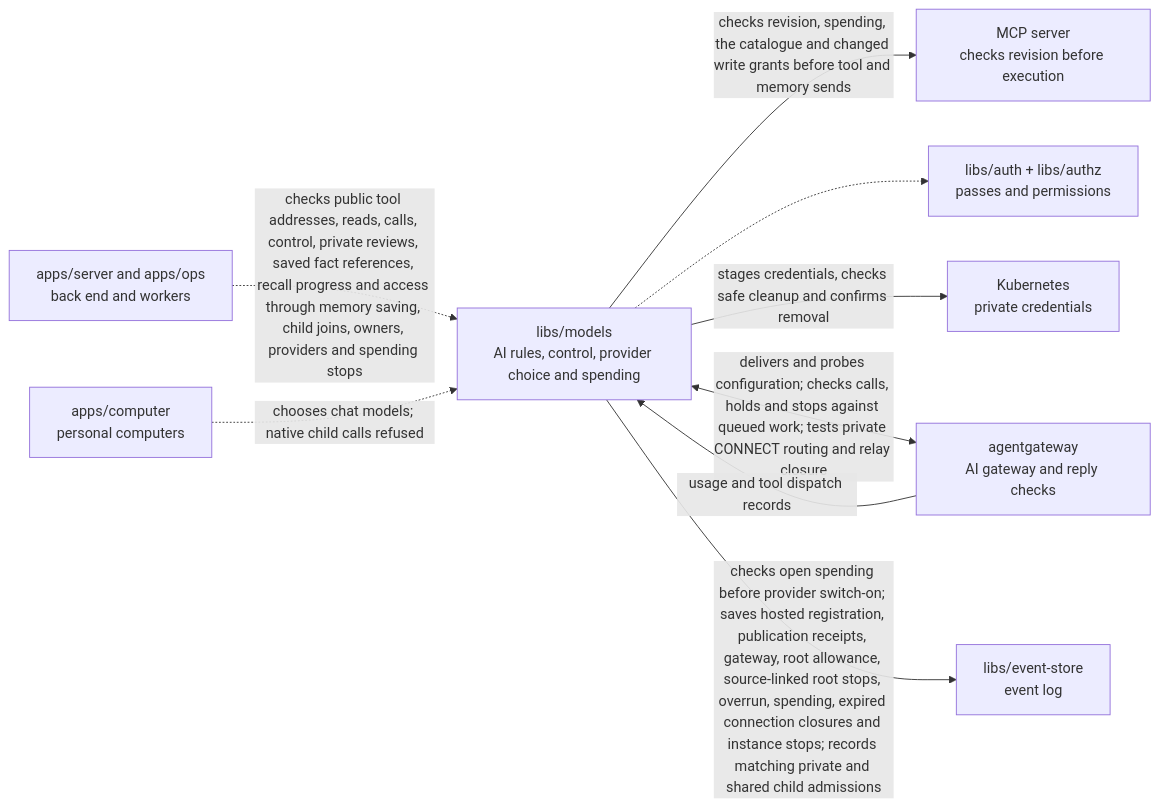
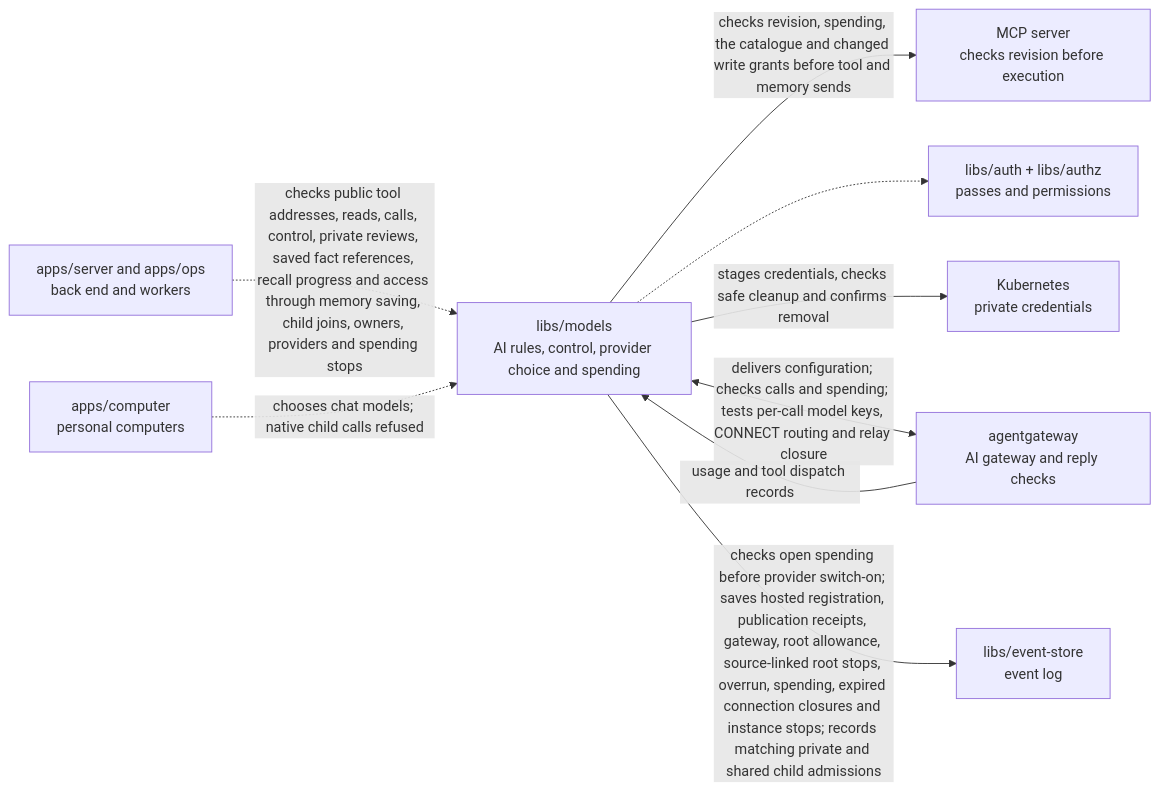
Before and after one commit to elewa-git/opencrane-new: the diagram in libs/models/README.md, drawn with Mermaid. The commit also changed other lines of this file and 5 other files, not shown here.

Commit message:
🔑 Add an unused managed gateway route with per-call decision credentials

````diff
--- a/libs/models/README.md
+++ b/libs/models/README.md
@@ -14,11 +14,11 @@
 ```mermaid
 flowchart LR
   server["apps/server and apps/ops<br/>back end and workers"] -.->|checks public tool addresses, reads, calls, control, private reviews, saved fact references, recall progress and access through memory saving, child joins, owners, providers and spending stops| models["libs/models<br/>AI rules, control, provider choice and spending"]
   models -->|checks revision, spending, the catalogue and changed write grants before tool and memory sends| mcp["MCP server<br/>checks revision before execution"]
   computer["apps/computer<br/>personal computers"] -.->|chooses chat models; native child calls refused| models
   models -.-> auth["libs/auth + libs/authz<br/>passes and permissions"]
   models -->|stages credentials, checks safe cleanup and confirms removal| custody["Kubernetes<br/>private credentials"]
-  models <-->|delivers and probes configuration; checks calls, holds and stops against queued work; tests private CONNECT routing and relay closure| gateway["agentgateway<br/>AI gateway and reply checks"]
+  models <-->|delivers configuration; checks calls and spending; tests per-call model keys, CONNECT routing and relay closure| gateway["agentgateway<br/>AI gateway and reply checks"]
   gateway -->|usage and tool dispatch records| models
   models -->|checks open spending before provider switch-on; saves hosted registration, publication receipts, gateway, root allowance, source-linked root stops, overrun, spending, expired connection closures and instance stops; records matching private and shared child admissions| store["libs/event-store<br/>event log"]
 ```
````
